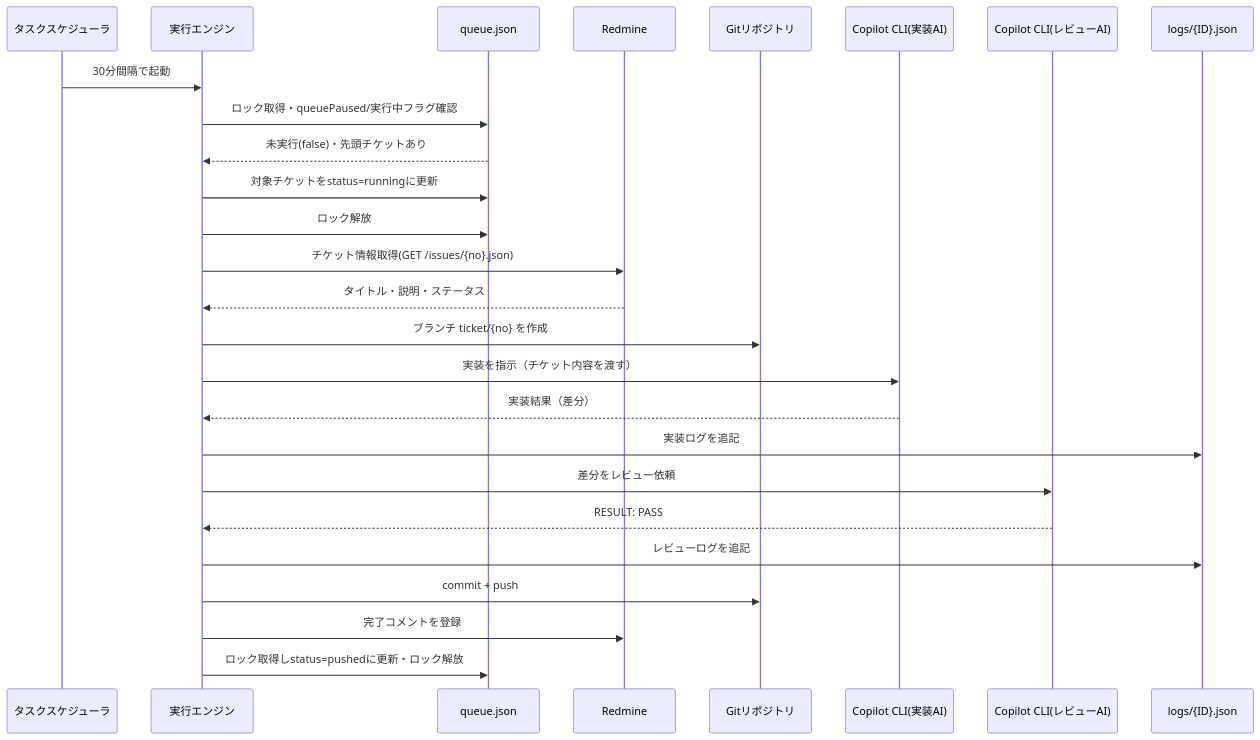
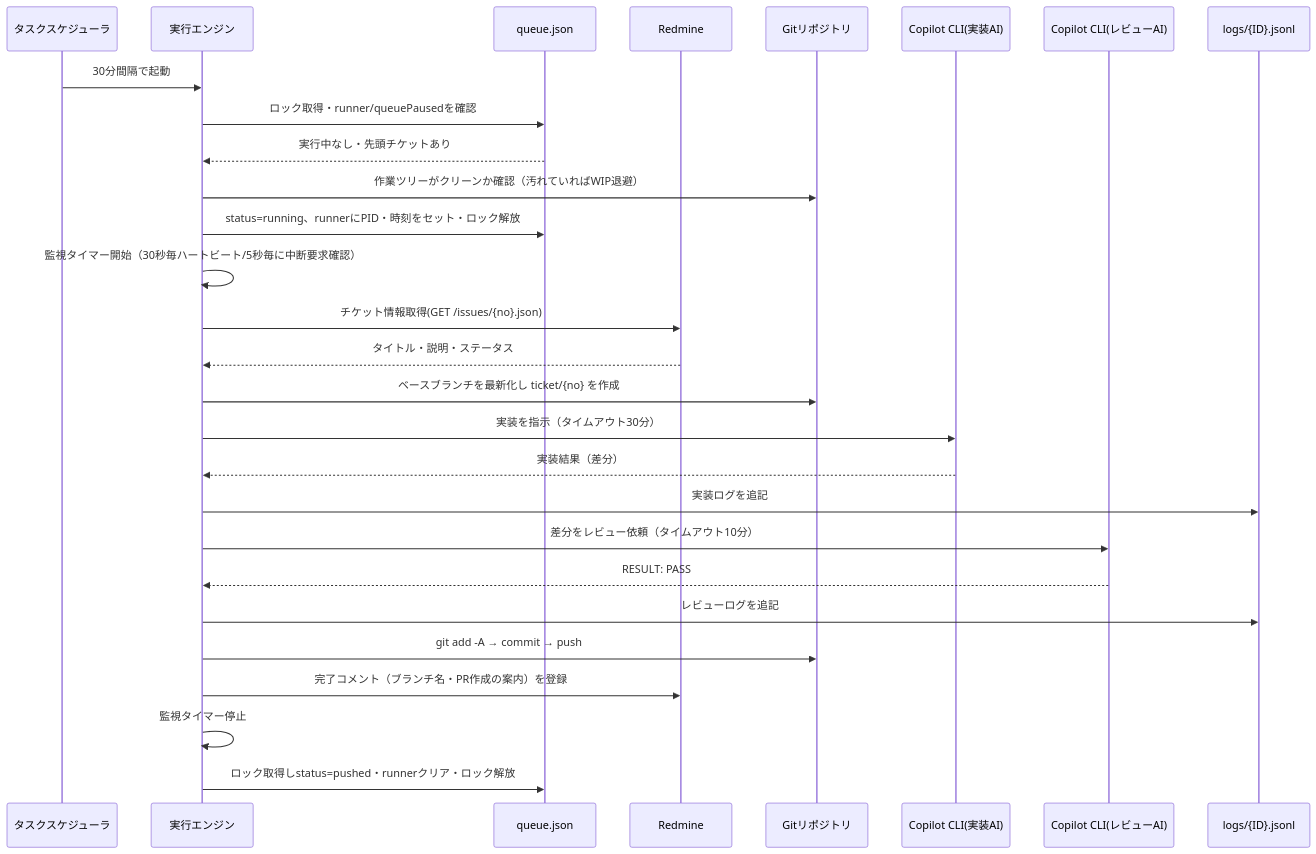
The second of 9 diagrams in docs/design/sequence.md (theta1211/Lychee-redmine-loop-engineering-), drawn with Mermaid before and after one commit. The commit also changed other lines of this file and 5 other files, not shown here.

````diff
--- a/docs/design/sequence.md
+++ b/docs/design/sequence.md
@@ -18,29 +21,31 @@
 ```mermaid
 sequenceDiagram
     participant S as タスクスケジューラ
     participant E as 実行エンジン
     participant Q as queue.json
     participant R as Redmine
     participant G as Gitリポジトリ
     participant CI as Copilot CLI(実装AI)
     participant CR as Copilot CLI(レビューAI)
-    participant L as logs/{ID}.json
+    participant L as logs/{ID}.jsonl
 
     S->>E: 30分間隔で起動
-    E->>Q: ロック取得・queuePaused/実行中フラグ確認
-    Q-->>E: 未実行(false)・先頭チケットあり
-    E->>Q: 対象チケットをstatus=runningに更新
-    E->>Q: ロック解放
+    E->>Q: ロック取得・runner/queuePausedを確認
+    Q-->>E: 実行中なし・先頭チケットあり
+    E->>G: 作業ツリーがクリーンか確認（汚れていればWIP退避）
+    E->>Q: status=running、runnerにPID・時刻をセット・ロック解放
+    E->>E: 監視タイマー開始（30秒毎ハートビート/5秒毎に中断要求確認）
     E->>R: チケット情報取得(GET /issues/{no}.json)
     R-->>E: タイトル・説明・ステータス
-    E->>G: ブランチ ticket/{no} を作成
-    E->>CI: 実装を指示（チケット内容を渡す）
+    E->>G: ベースブランチを最新化し ticket/{no} を作成
+    E->>CI: 実装を指示（タイムアウト30分）
     CI-->>E: 実装結果（差分）
     E->>L: 実装ログを追記
-    E->>CR: 差分をレビュー依頼
+    E->>CR: 差分をレビュー依頼（タイムアウト10分）
     CR-->>E: RESULT: PASS
     E->>L: レビューログを追記
-    E->>G: commit + push
-    E->>R: 完了コメントを登録
-    E->>Q: ロック取得しstatus=pushedに更新・ロック解放
+    E->>G: git add -A → commit → push
+    E->>R: 完了コメント（ブランチ名・PR作成の案内）を登録
+    E->>E: 監視タイマー停止
+    E->>Q: ロック取得しstatus=pushed・runnerクリア・ロック解放
 ```
````
